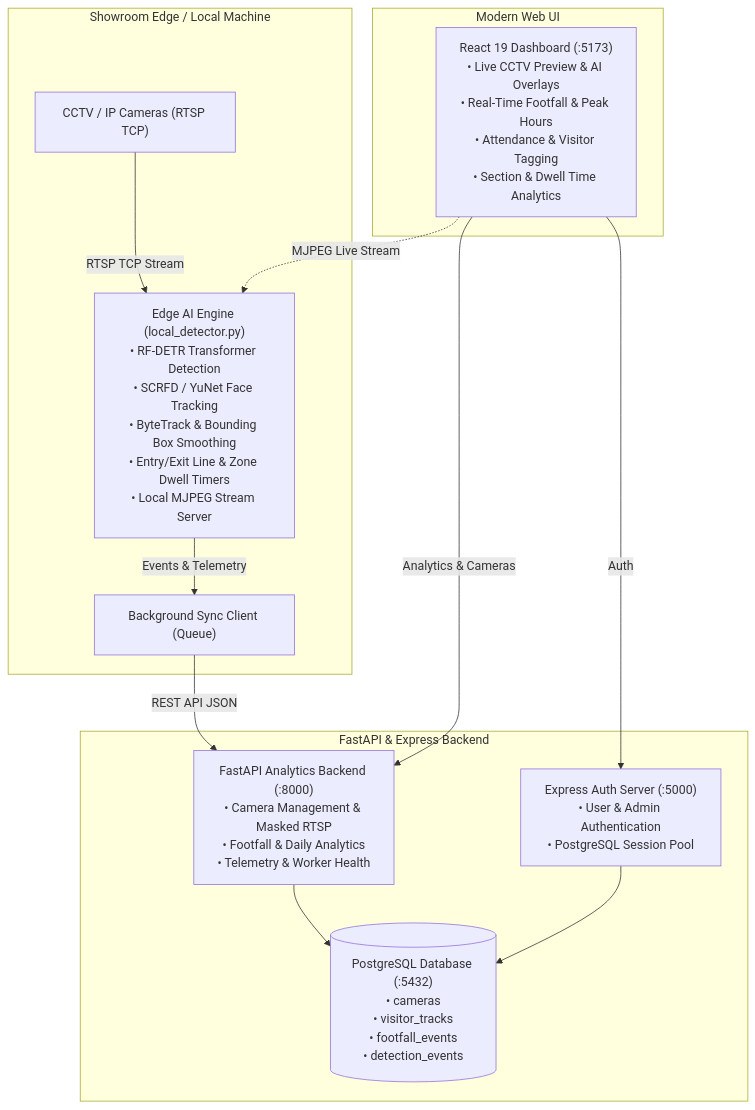
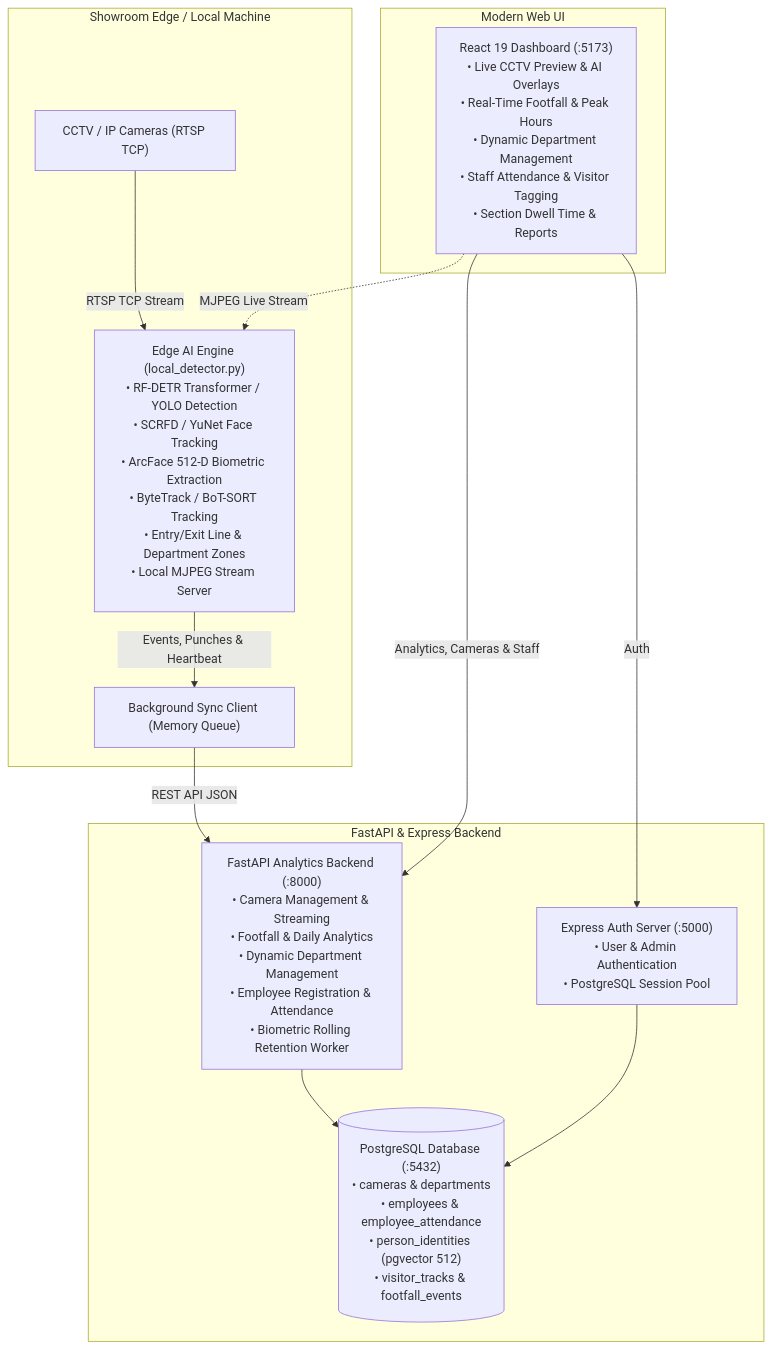
One commit to sujitctpl/jms-tech changed the diagram in README.md. Above: the diagram before and after it, drawn with Mermaid. The commit also changed other lines of this file and 2 other files, not shown here.

Commit message:
updated readme and flow.md files

````diff
--- a/README.md
+++ b/README.md
@@ -11,27 +11,27 @@
 ```mermaid
 graph TD
     subgraph Edge Layer [Showroom Edge / Local Machine]
         CCTV["CCTV / IP Cameras (RTSP TCP)"]
-        Detector["Edge AI Engine (local_detector.py)\n• RF-DETR Transformer Detection\n• SCRFD / YuNet Face Tracking\n• ByteTrack & Bounding Box Smoothing\n• Entry/Exit Line & Zone Dwell Timers\n• Local MJPEG Stream Server"]
-        SyncQueue["Background Sync Client (Queue)"]
+        Detector["Edge AI Engine (local_detector.py)\n• RF-DETR Transformer / YOLO Detection\n• SCRFD / YuNet Face Tracking\n• ArcFace 512-D Biometric Extraction\n• ByteTrack / BoT-SORT Tracking\n• Entry/Exit Line & Department Zones\n• Local MJPEG Stream Server"]
+        SyncQueue["Background Sync Client (Memory Queue)"]
     end
 
     subgraph Backend Layer [FastAPI & Express Backend]
-        API["FastAPI Analytics Backend (:8000)\n• Camera Management & Masked RTSP\n• Footfall & Daily Analytics\n• Telemetry & Worker Health"]
+        API["FastAPI Analytics Backend (:8000)\n• Camera Management & Streaming\n• Footfall & Daily Analytics\n• Dynamic Department Management\n• Employee Registration & Attendance\n• Biometric Rolling Retention Worker"]
         AuthSrv["Express Auth Server (:5000)\n• User & Admin Authentication\n• PostgreSQL Session Pool"]
-        DB[("PostgreSQL Database (:5432)\n• cameras\n• visitor_tracks\n• footfall_events\n• detection_events")]
+        DB[("PostgreSQL Database (:5432)\n• cameras & departments\n• employees & employee_attendance\n• person_identities (pgvector 512)\n• visitor_tracks & footfall_events")]
     end
 
     subgraph Client Layer [Modern Web UI]
-        Dashboard["React 19 Dashboard (:5173)\n• Live CCTV Preview & AI Overlays\n• Real-Time Footfall & Peak Hours\n• Attendance & Visitor Tagging\n• Section & Dwell Time Analytics"]
+        Dashboard["React 19 Dashboard (:5173)\n• Live CCTV Preview & AI Overlays\n• Real-Time Footfall & Peak Hours\n• Dynamic Department Management\n• Staff Attendance & Visitor Tagging\n• Section Dwell Time & Reports"]
     end
 
     CCTV -->|RTSP TCP Stream| Detector
-    Detector -->|Events & Telemetry| SyncQueue
+    Detector -->|Events, Punches & Heartbeat| SyncQueue
     SyncQueue -->|REST API JSON| API
     API --> DB
     AuthSrv --> DB
-    Dashboard -->|Analytics & Cameras| API
+    Dashboard -->|Analytics, Cameras & Staff| API
     Dashboard -->|Auth| AuthSrv
     Dashboard -.->|MJPEG Live Stream| Detector
 ```
````
